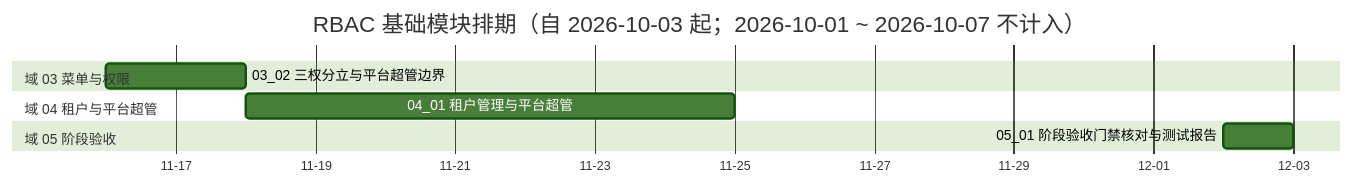
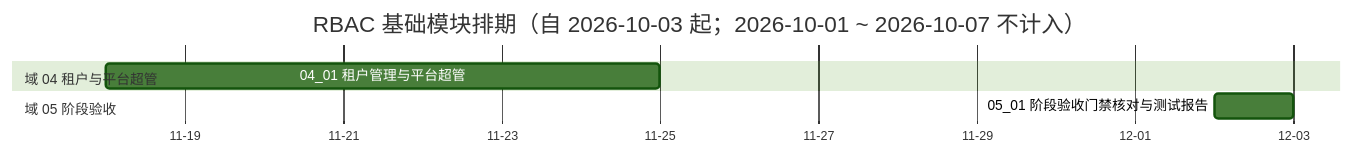
One commit to minjian123/basic-management-system changed the diagram in bms文档/项目/07_RBAC基础模块/计划/01_计划_RBAC基础模块.md. Above: the diagram before and after it, drawn with Mermaid (forest theme). The commit also changed other lines of this file and 6 other files, not shown here.

````diff
--- a/bms文档/项目/07_RBAC基础模块/计划/01_计划_RBAC基础模块.md
+++ b/bms文档/项目/07_RBAC基础模块/计划/01_计划_RBAC基础模块.md
@@ -75,16 +75,15 @@
 ```mermaid
 gantt
     title RBAC 基础模块排期（自 2026-10-03 起；2026-10-01 ~ 2026-10-07 不计入）
     dateFormat  YYYY-MM-DD
     axisFormat %m-%d
     section 域 01 插件化挂接
     section 域 03 菜单与权限
-    03_02 三权分立与平台超管边界 :a0302, 2026-11-16, 2d
     section 域 02 用户与角色
     section 域 04 租户与平台超管
     04_01 租户管理与平台超管 :a0401, 2026-11-18, 7d
     section 域 07 原型对照结论补齐
     section 域 08 字典页布局对齐
     section 域 05 阶段验收
     05_01 阶段验收门禁核对与测试报告 :a0501, 2026-12-02, 1d
 ```
````
